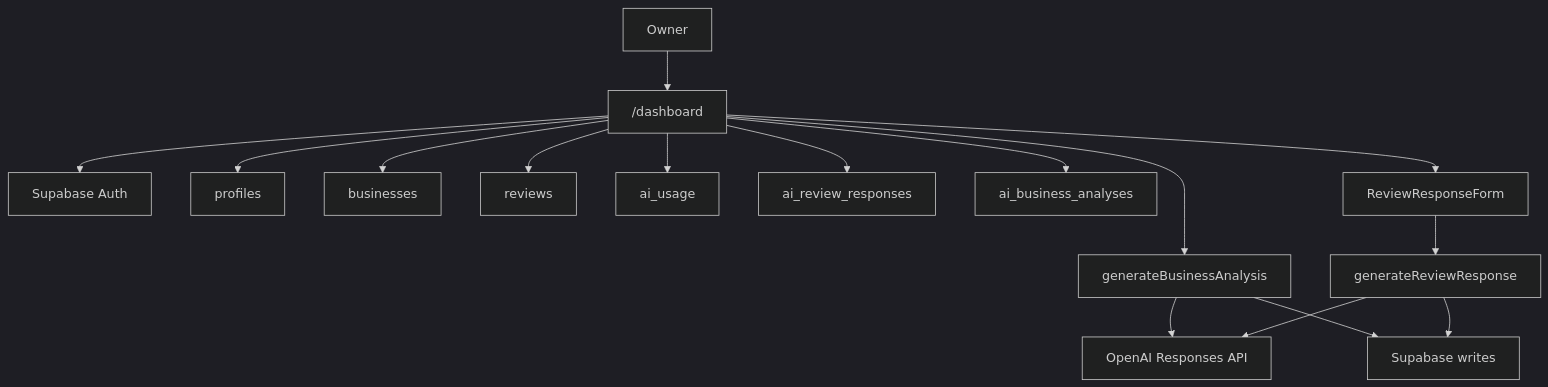
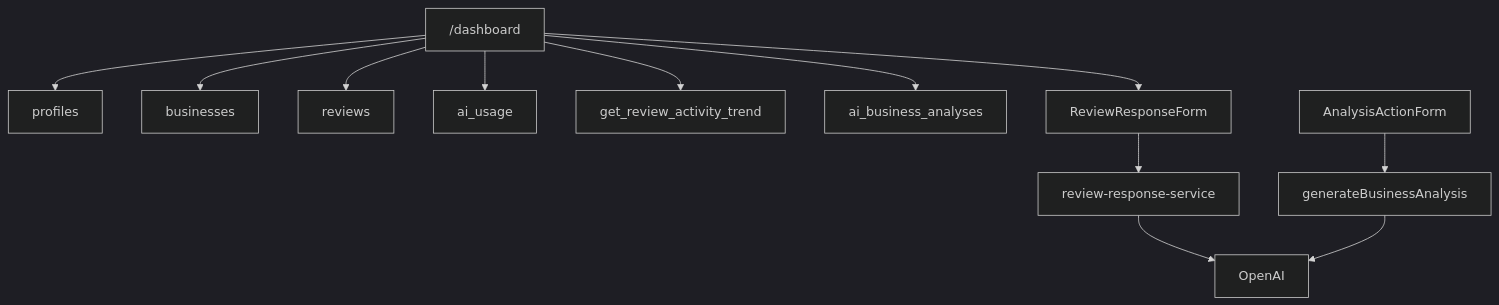
One commit to FabianDziekan/Nuvorate changed the diagram in docs/obsidian/Dashboard/Dashboard MVP.md. Above: the diagram before and after it, drawn with Mermaid (dark theme). The commit also changed other lines of this file and 50 other files, not shown here.

````diff
--- a/docs/obsidian/Dashboard/Dashboard MVP.md
+++ b/docs/obsidian/Dashboard/Dashboard MVP.md
@@ -174,18 +143,14 @@
 ```mermaid
 flowchart TD
-  User["Owner"] --> Dashboard["/dashboard"]
-  Dashboard --> SupabaseAuth["Supabase Auth"]
-  Dashboard --> Profiles["profiles"]
+  Dashboard["/dashboard"] --> Profiles["profiles"]
   Dashboard --> Businesses["businesses"]
   Dashboard --> Reviews["reviews"]
   Dashboard --> Usage["ai_usage"]
-  Dashboard --> Responses["ai_review_responses"]
+  Dashboard --> TrendRpc["get_review_activity_trend"]
   Dashboard --> Analyses["ai_business_analyses"]
-  Dashboard --> AnalysisAction["generateBusinessAnalysis"]
   Dashboard --> ResponseForm["ReviewResponseForm"]
-  ResponseForm --> ResponseAction["generateReviewResponse"]
-  AnalysisAction --> OpenAI["OpenAI Responses API"]
-  ResponseAction --> OpenAI
-  AnalysisAction --> SupabaseWrite["Supabase writes"]
-  ResponseAction --> SupabaseWrite
+  ResponseForm --> ResponseService["review-response-service"]
+  AnalysisForm["AnalysisActionForm"] --> GenerateAnalysis["generateBusinessAnalysis"]
+  ResponseService --> OpenAI["OpenAI"]
+  GenerateAnalysis --> OpenAI
 ```
````
